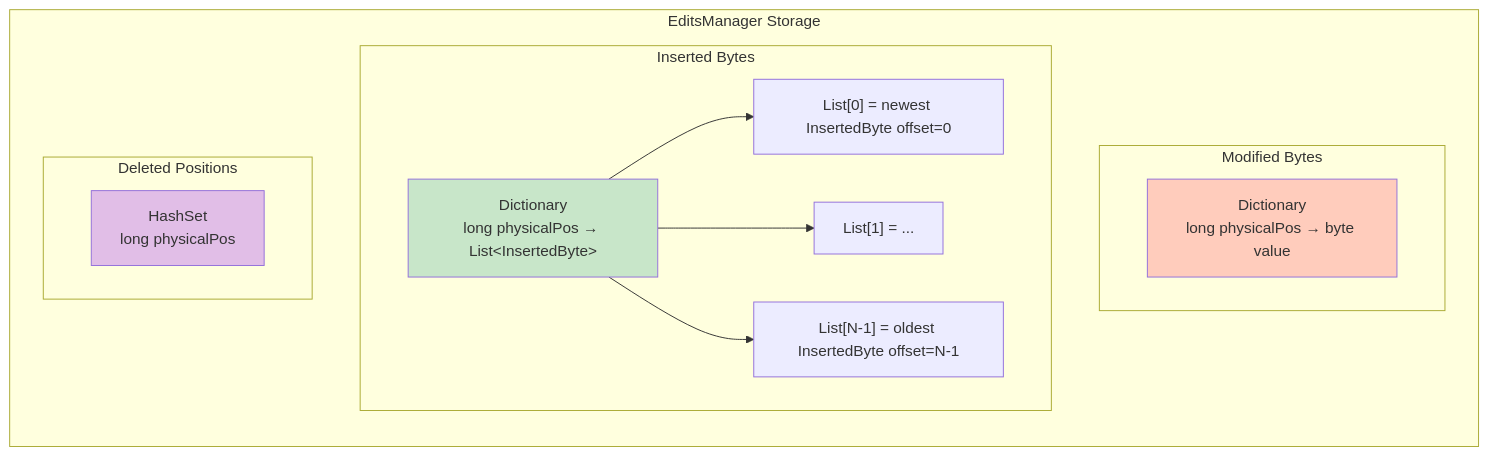
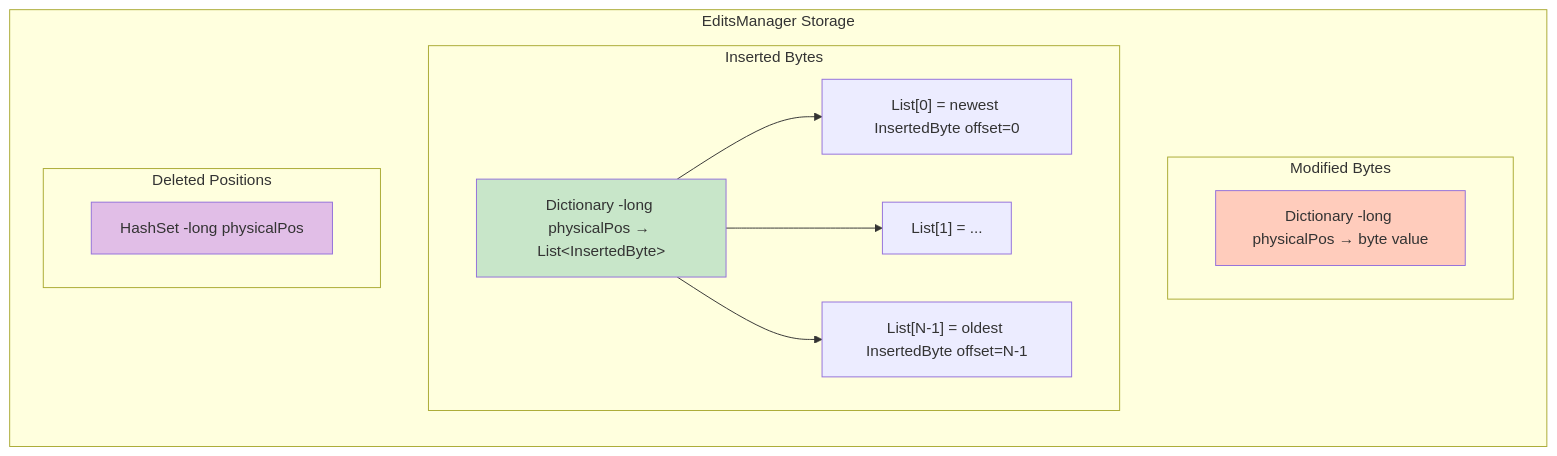
Before and after one commit to myd7349/WpfHexEditorControl: the fifth of 24 diagrams in ARCHITECTURE_V2.md, drawn with Mermaid. The commit also changed other lines of this file, not shown here.

First line of the commit message:
Fix all remaining Mermaid diagram br tags for GitHub compatibility

````diff
--- a/ARCHITECTURE_V2.md
+++ b/ARCHITECTURE_V2.md
@@ -372,27 +372,27 @@
 ```mermaid
 graph LR
     subgraph "EditsManager Storage"
         subgraph "Modified Bytes"
-            ModDict["Dictionary<br/>long physicalPos → byte value"]
+            ModDict["Dictionary -long physicalPos → byte value"]
         end
 
         subgraph "Inserted Bytes"
-            InsDict["Dictionary<br/>long physicalPos → List&lt;InsertedByte&gt;"]
+            InsDict["Dictionary -long physicalPos → List&lt;InsertedByte&gt;"]
             InsList1["List[0] = newest InsertedByte offset=0"]
             InsList2["List[1] = ..."]
             InsList3["List[N-1] = oldest InsertedByte offset=N-1"]
         end
 
         subgraph "Deleted Positions"
-            DelSet["HashSet<br/>long physicalPos"]
+            DelSet["HashSet -long physicalPos"]
         end
     end
 
     InsDict --> InsList1
     InsDict --> InsList2
     InsDict --> InsList3
 
     style ModDict fill:#ffccbc
     style InsDict fill:#c8e6c9
     style DelSet fill:#e1bee7
 ```
````
